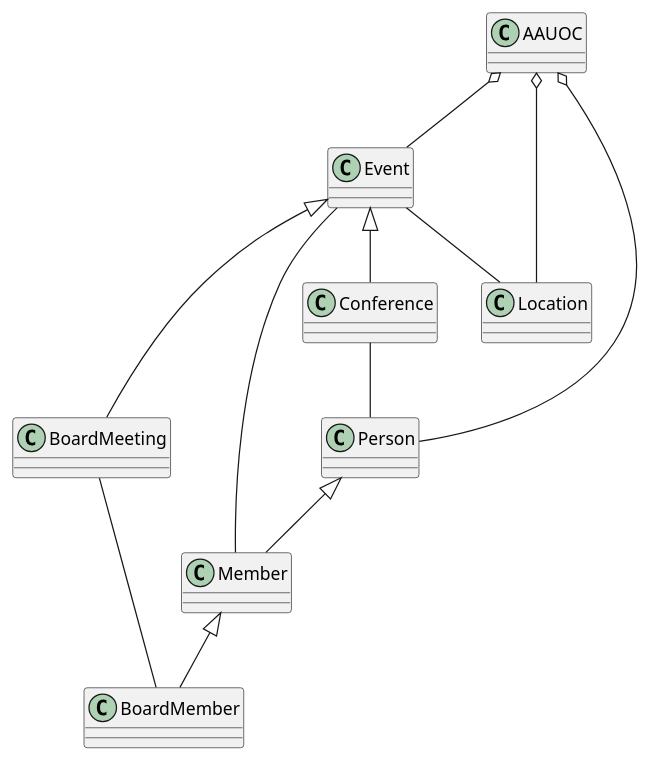
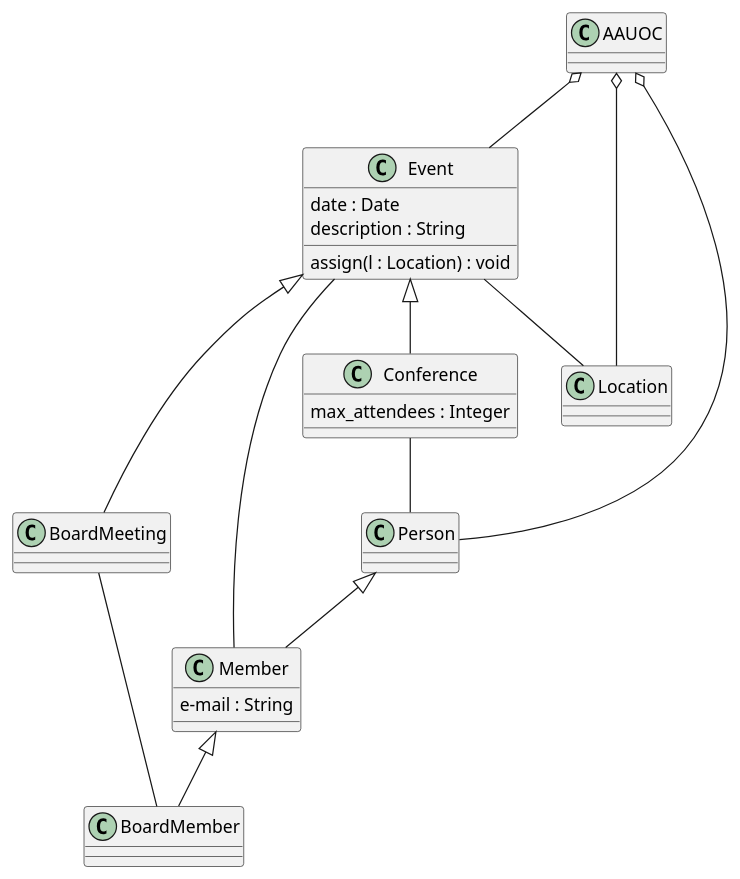
One commit to carniedom/UMLClases_CarmeloNietoDomene changed the diagram in UMLClases_CND/UMLClases_CND.puml. Above: the diagram before and after it, drawn with PlantUML.

Commit message:
Atributos Member, Event y Conference

```diff
--- a/UMLClases_CND/UMLClases_CND.puml
+++ b/UMLClases_CND/UMLClases_CND.puml
@@ -1,39 +1,45 @@
 @startuml
 class Member{
+    e-mail : String
 }
 
 class BoardMember{
 }
 
 class Event{
+    date : Date
+    description : String
+    assign(l : Location) : void
 }
 
 class Conference{
+    max_attendees : Integer
 }
 
 class BoardMeeting{
 }
 
 class Location{
+    
 }
 
 class Person{
 }
 
 class AAUOC{
 }
 
 AAUOC o-- Event
 AAUOC o-- Person
 AAUOC o-- Location
 Event -- Location
 Event -- Member
 Event <|-- Conference
 Event <|-- BoardMeeting
 Conference -- Person
 BoardMeeting -- BoardMember
 Person <|-- Member
 Member <|-- BoardMember
 
 
 @enduml
```
